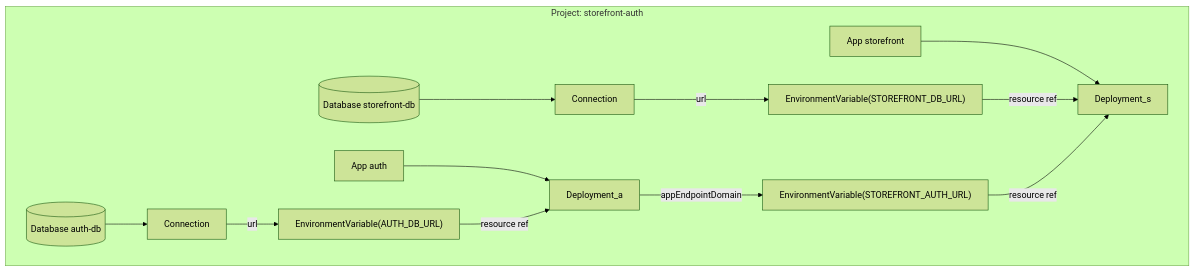
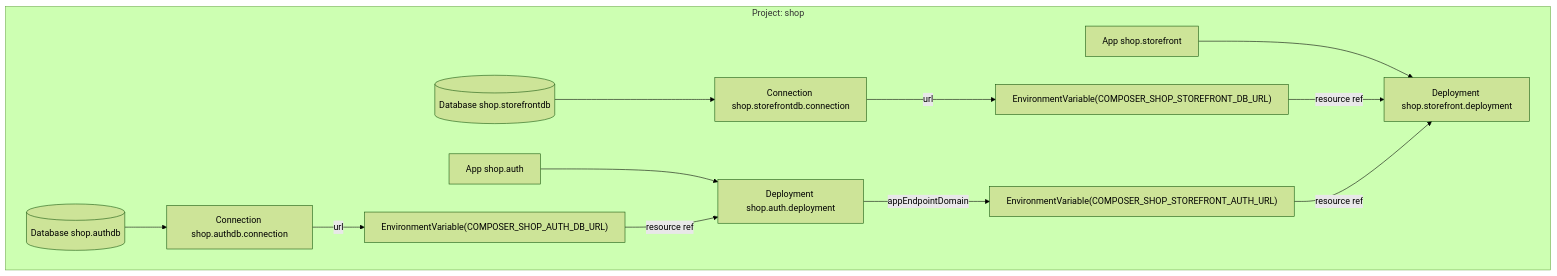
The second of 2 diagrams in docs/design/05-prisma-cloud/alchemy-lowering.md (prisma/composer), drawn with Mermaid (forest theme) before and after one commit. The commit also changed other lines of this file and 120 other files, not shown here.

````diff
--- a/docs/design/05-prisma-cloud/alchemy-lowering.md
+++ b/docs/design/05-prisma-cloud/alchemy-lowering.md
@@ -195,13 +231,13 @@
 ```mermaid
 flowchart TB
-  subgraph P [Project: storefront-auth]
-    DBa[(Database auth-db)] --> Ca[Connection] -- url --> EVa["EnvironmentVariable(AUTH_DB_URL)"]
-    DBs[(Database storefront-db)] --> Cs[Connection] -- url --> EVs["EnvironmentVariable(STOREFRONT_DB_URL)"]
-    Sa[App auth] --> Da[Deployment_a]
-    Ss[App storefront] --> Ds[Deployment_s]
+  subgraph P [Project: shop]
+    DBa[(Database shop.authdb)] --> Ca[Connection shop.authdb.connection] -- url --> EVa["EnvironmentVariable(COMPOSER_SHOP_AUTH_DB_URL)"]
+    DBs[(Database shop.storefrontdb)] --> Cs[Connection shop.storefrontdb.connection] -- url --> EVs["EnvironmentVariable(COMPOSER_SHOP_STOREFRONT_DB_URL)"]
+    Sa[App shop.auth] --> Da[Deployment shop.auth.deployment]
+    Ss[App shop.storefront] --> Ds[Deployment shop.storefront.deployment]
     EVa -- resource ref --> Da
     EVs -- resource ref --> Ds
-    Da -- appEndpointDomain --> EVu["EnvironmentVariable(STOREFRONT_AUTH_URL)"]
+    Da -- appEndpointDomain --> EVu["EnvironmentVariable(COMPOSER_SHOP_STOREFRONT_AUTH_URL)"]
     EVu -- resource ref --> Ds
   end
 ```
````
